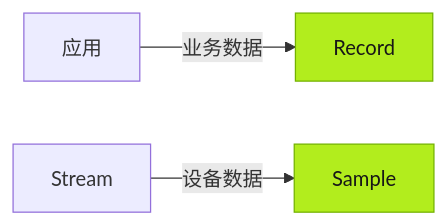
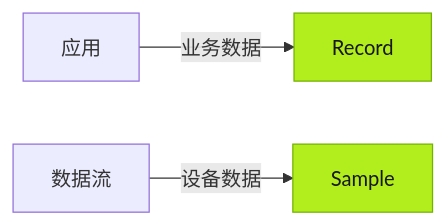
The second of 3 diagrams in src/content/docs/zh-cn/using-tier0/preparing-data-foundation.mdx (FREEZONEX/Tier0-docs-site), drawn with Mermaid before and after one commit. The commit also changed other lines of this file and 58 other files, not shown here.

````diff
--- a/src/content/docs/zh-cn/using-tier0/preparing-data-foundation.mdx
+++ b/src/content/docs/zh-cn/using-tier0/preparing-data-foundation.mdx
@@ -46,7 +46,7 @@
 ```mermaid
 flowchart LR
   app["应用"] -->|"业务数据"| record["Record"]
-  stream["Stream"] -->|"设备数据"| sample["Sample"]
+  stream["数据流"] -->|"设备数据"| sample["Sample"]
   classDef t0accent fill:#B2ED1D,stroke:#73B200,color:#171717
   class record,sample t0accent
 ```
````
